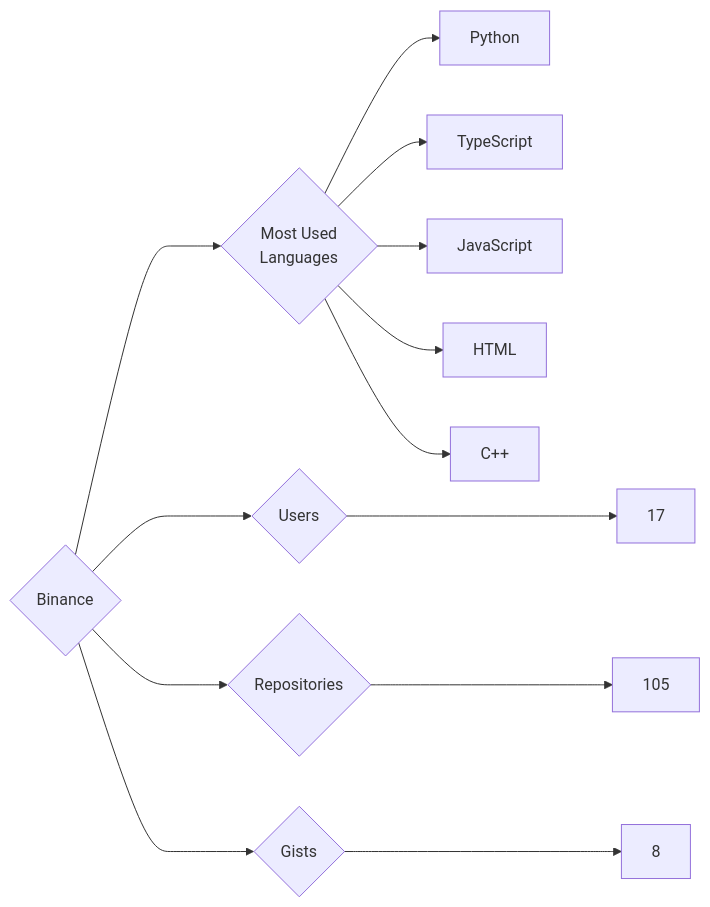
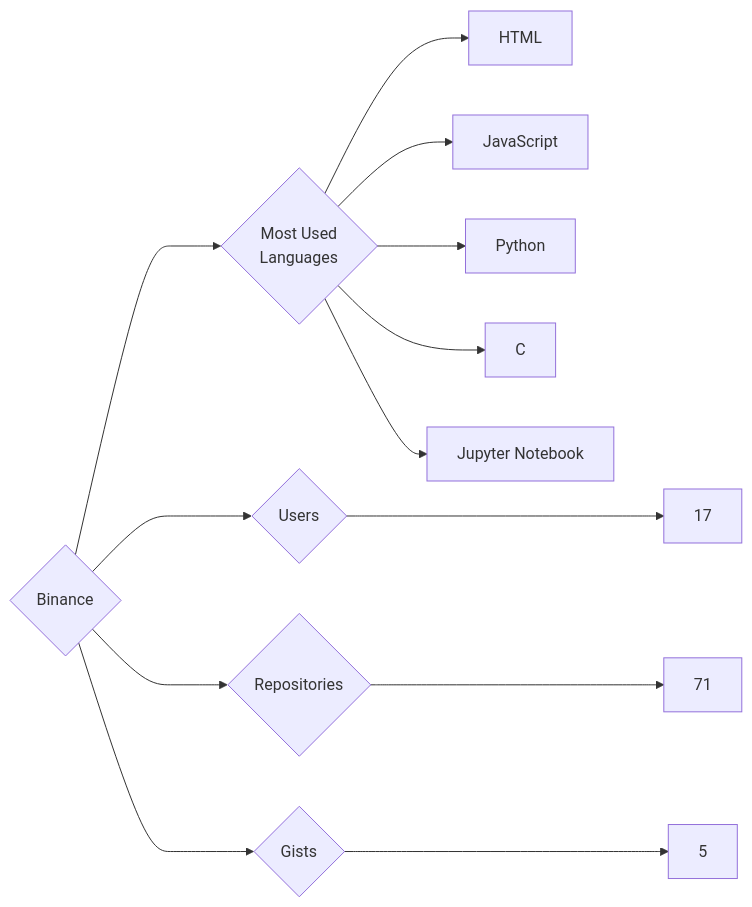
The diagram in targets/Binance/README.md (trickest/insiders), drawn with Mermaid before and after one commit. The commit also changed 847 other files, not shown here.

````diff
--- a/targets/Binance/README.md
+++ b/targets/Binance/README.md
@@ -3,13 +3,13 @@
 ```mermaid
 graph LR
 COMPANY_NAME{Binance}
 COMPANY_NAME ---> U{Users} ---> UN[17]
-COMPANY_NAME ---> R{Repositories} ---> RN[105]
-COMPANY_NAME ---> G{Gists} ---> GN[8]
+COMPANY_NAME ---> R{Repositories} ---> RN[71]
+COMPANY_NAME ---> G{Gists} ---> GN[5]
 COMPANY_NAME ---> ML{Most Used<br>Languages}
+ML --> HTML[HTML]
+ML --> JavaScript[JavaScript]
 ML --> Python[Python]
-ML --> TypeScript[TypeScript]
-ML --> JavaScript[JavaScript]
-ML --> HTML[HTML]
-ML --> C++[C++]
+ML --> C[C]
+ML --> Jupyter_Notebook[Jupyter Notebook]
 ```
````
